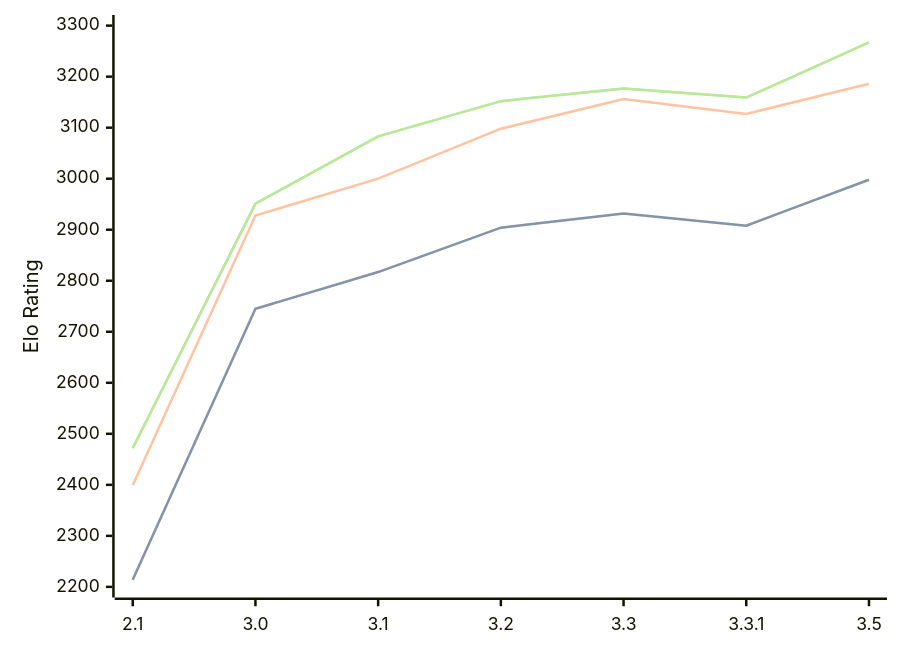
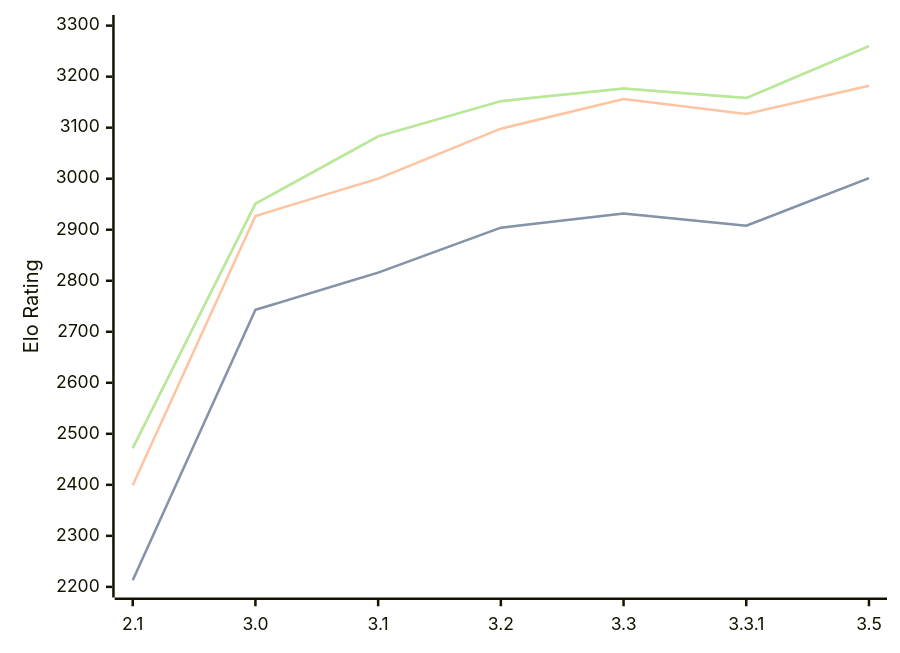
Before and after one commit to computer-chess-index/cci: the third of 3 diagrams in engines/Petrel.md, drawn with Mermaid. The commit also changed other lines of this file, not shown here.

Commit message:
Update CCI Ratings (ELO VLTC) - 2026-06-19

````diff
--- a/engines/Petrel.md
+++ b/engines/Petrel.md
@@ -79,11 +79,11 @@
 ```mermaid
 %%{init: {"theme":"base","themeVariables":{"seriesColors:['#a3a3a3','#222221','#faa371']}}}%%
 xychart-beta
   x-axis ["2.1", "3.0", "3.1", "3.2", "3.3", "3.3.1", "3.5"]
   y-axis "Elo Rating" 2200 --> 3300
-  line "STC (8.0+0.08s)" [2214, 2745, 2817, 2904, 2932, 2908, 2998]
-  line "STC (8.0+0.08s)" [2214, 2745, 2817, 2904, 2932, 2908, 2998]
-  line "LTC (60.0+0.60s)" [2399, 2928, 3000, 3098, 3156, 3127, 3186]
-  line "VLTC (2m24s+1.12s)" [2472, 2951, 3083, 3152, 3177, 3159, 3267]
-  line "VLTC (2m24s+1.12s)" [2472, 2951, 3083, 3152, 3177, 3159, 3267]
+  line "STC (8.0+0.08s)" [2213, 2743, 2816, 2904, 2932, 2908, 3001]
+  line "STC (8.0+0.08s)" [2213, 2743, 2816, 2904, 2932, 2908, 3001]
+  line "LTC (60.0+0.60s)" [2399, 2927, 3000, 3098, 3156, 3127, 3182]
+  line "VLTC (2m24s+1.12s)" [2472, 2951, 3083, 3152, 3177, 3158, 3260]
+  line "VLTC (2m24s+1.12s)" [2472, 2951, 3083, 3152, 3177, 3158, 3260]
 ```
````
